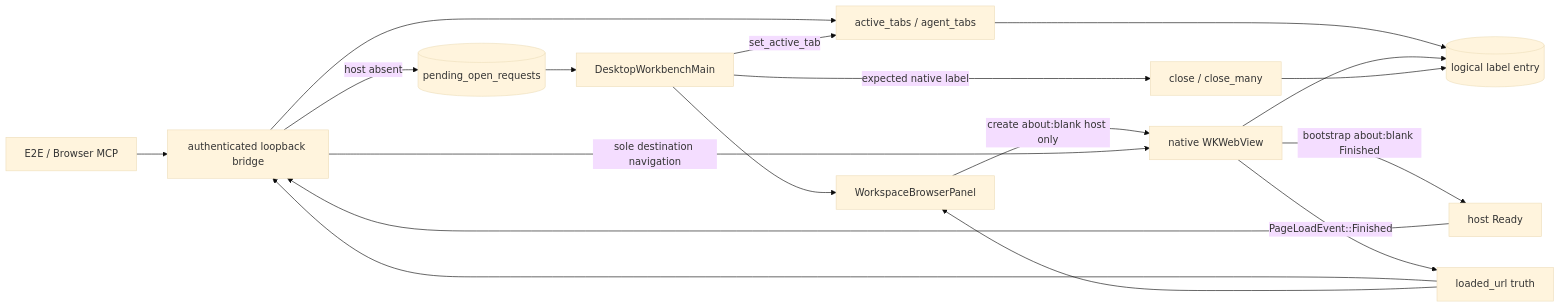
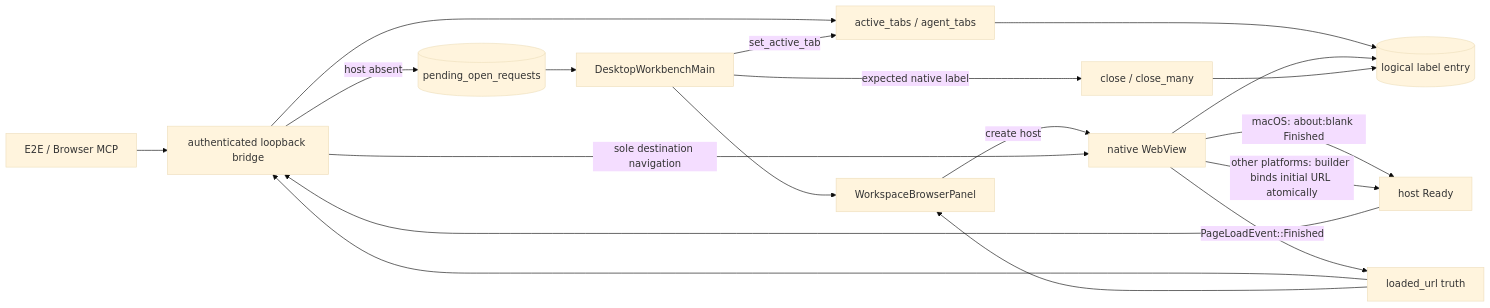
Before and after one commit to wecode-ai/Wegent: the first of 2 diagrams in docs/en/architecture/embedded-browser.md, drawn with Mermaid (base theme). The commit also changed other lines of this file and 3 other files, not shown here.

````diff
--- a/docs/en/architecture/embedded-browser.md
+++ b/docs/en/architecture/embedded-browser.md
@@ -9,20 +9,21 @@
 ```mermaid
 flowchart LR
     CALLER[E2E / Browser MCP] --> BRIDGE[authenticated loopback bridge]
     BRIDGE --> ROUTE[active_tabs / agent_tabs]
     ROUTE --> ENTRY[(logical label entry)]
     BRIDGE -->|host absent| PENDING[(pending_open_requests)]
     PENDING --> MAIN[DesktopWorkbenchMain]
     MAIN --> PANEL[WorkspaceBrowserPanel]
-    PANEL -->|create about:blank host only| WEBVIEW[native WKWebView]
+    PANEL -->|create host| WEBVIEW[native WebView]
     WEBVIEW --> ENTRY
-    WEBVIEW -->|bootstrap about:blank Finished| READY[host Ready]
+    WEBVIEW -->|macOS: about:blank Finished| READY[host Ready]
+    WEBVIEW -->|other platforms: builder binds initial URL atomically| READY
     READY --> BRIDGE
     BRIDGE -->|sole destination navigation| WEBVIEW
     WEBVIEW -->|PageLoadEvent::Finished| LOADED[loaded_url truth]
     LOADED --> BRIDGE
     LOADED --> PANEL
     MAIN -->|set_active_tab| ROUTE
     MAIN -->|expected native label| CLOSE[close / close_many]
     CLOSE --> ENTRY
 ```
````
